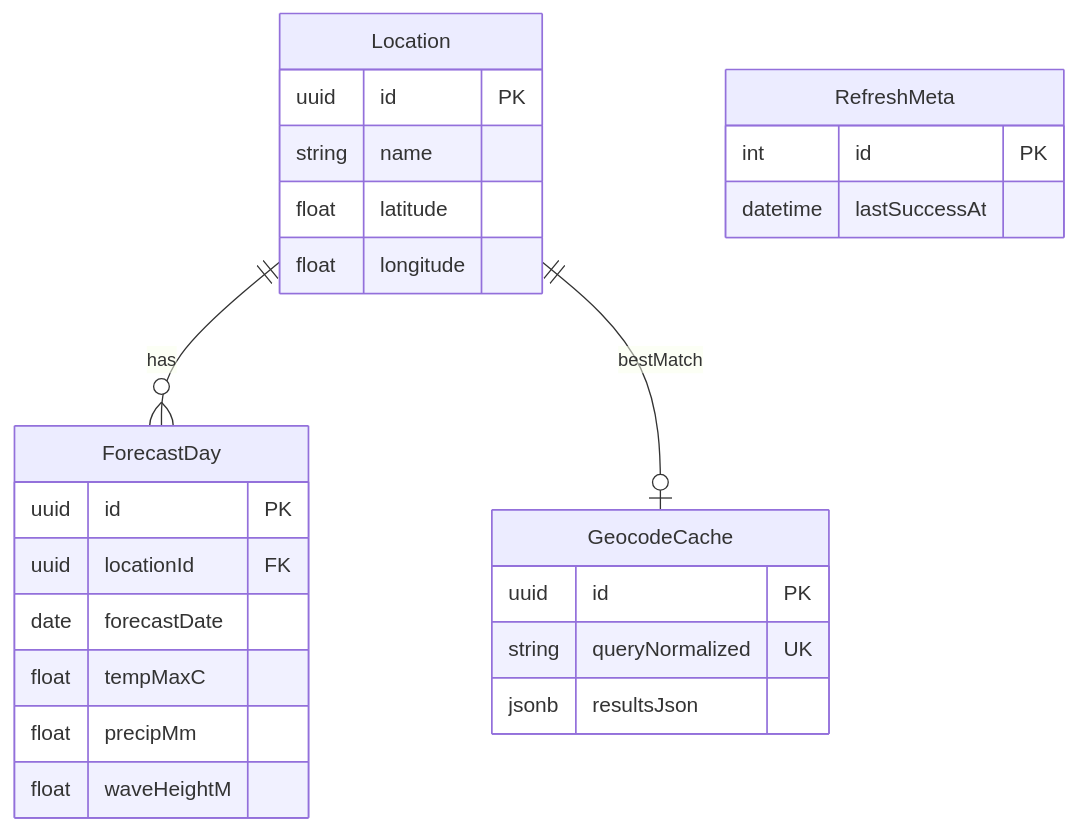
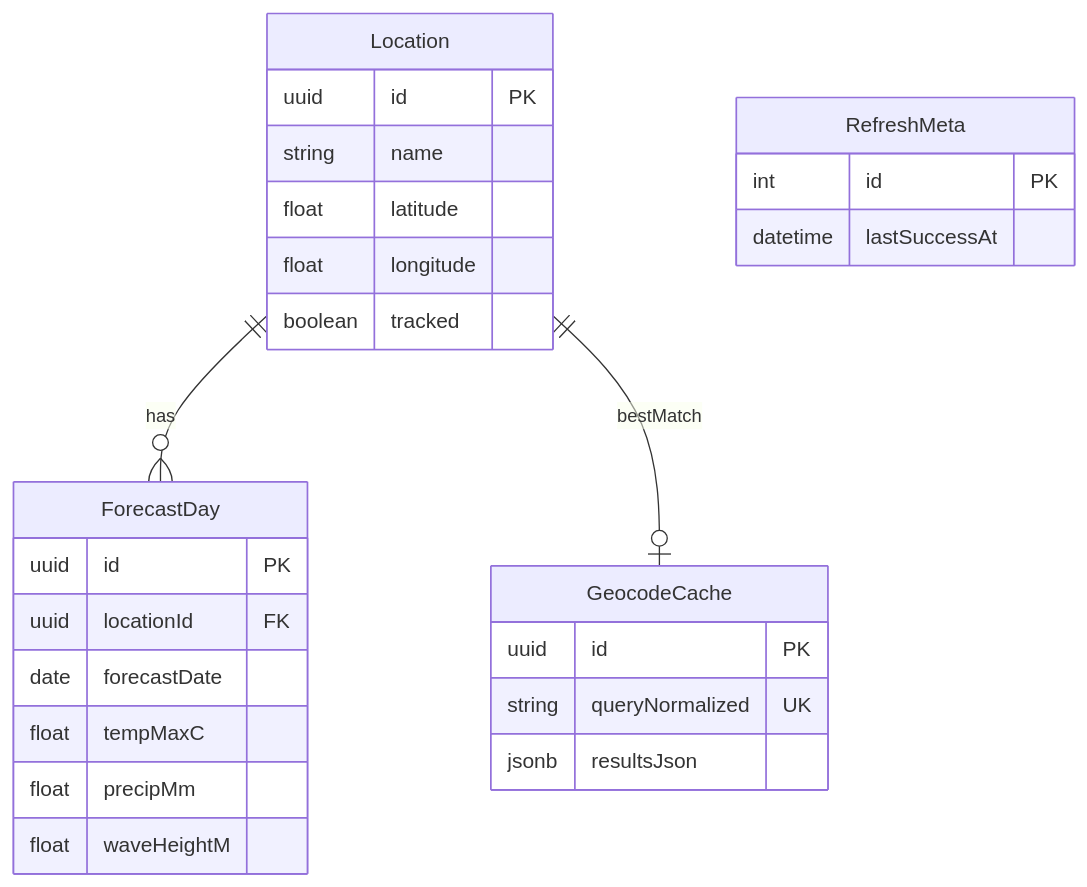
One commit to Takadza/weather-activity-ranking-service changed the diagram in docs/contracts/prisma-schema.md. Above: the diagram before and after it, drawn with Mermaid. The commit also changed other lines of this file and 30 other files, not shown here.

````diff
--- a/docs/contracts/prisma-schema.md
+++ b/docs/contracts/prisma-schema.md
@@ -13,28 +13,29 @@
 ```mermaid
 erDiagram
   Location ||--o{ ForecastDay : has
   Location ||--o| GeocodeCache : bestMatch
   Location {
     uuid id PK
     string name
     float latitude
     float longitude
+    boolean tracked
   }
   ForecastDay {
     uuid id PK
     uuid locationId FK
     date forecastDate
     float tempMaxC
     float precipMm
     float waveHeightM
   }
   GeocodeCache {
     uuid id PK
     string queryNormalized UK
     jsonb resultsJson
   }
   RefreshMeta {
     int id PK
     datetime lastSuccessAt
   }
 ```
````
